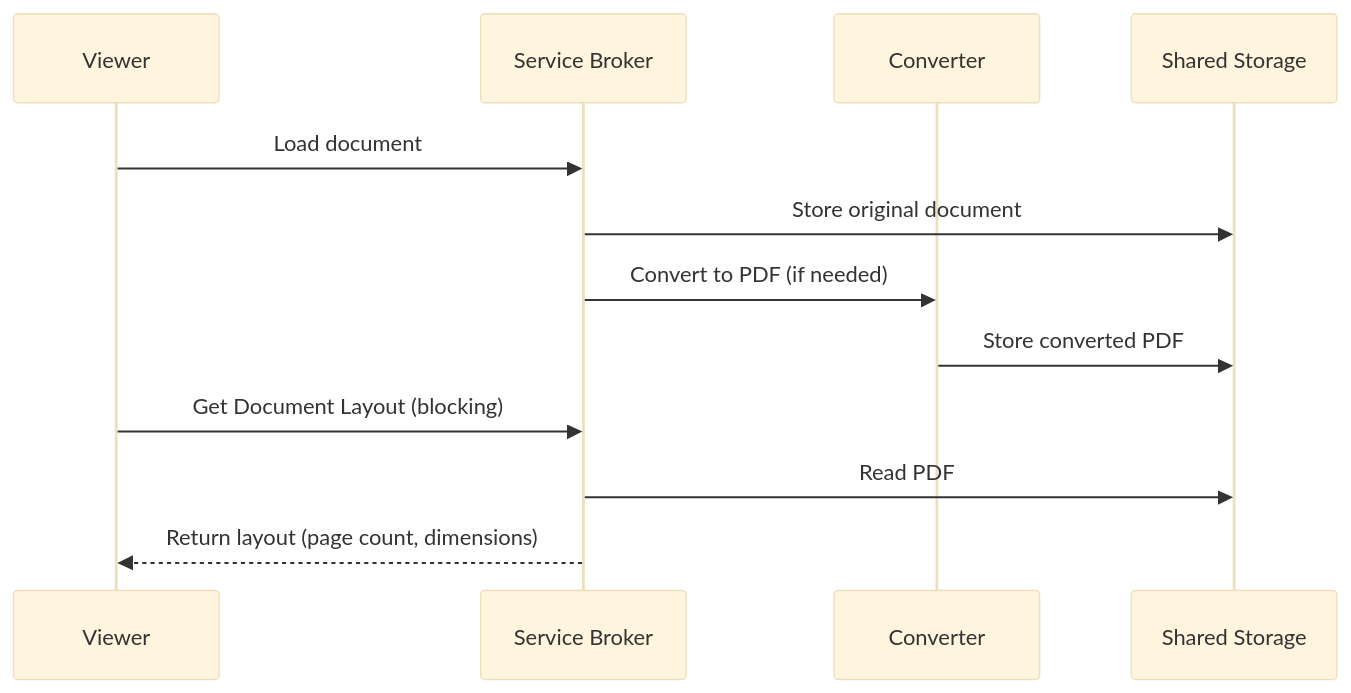
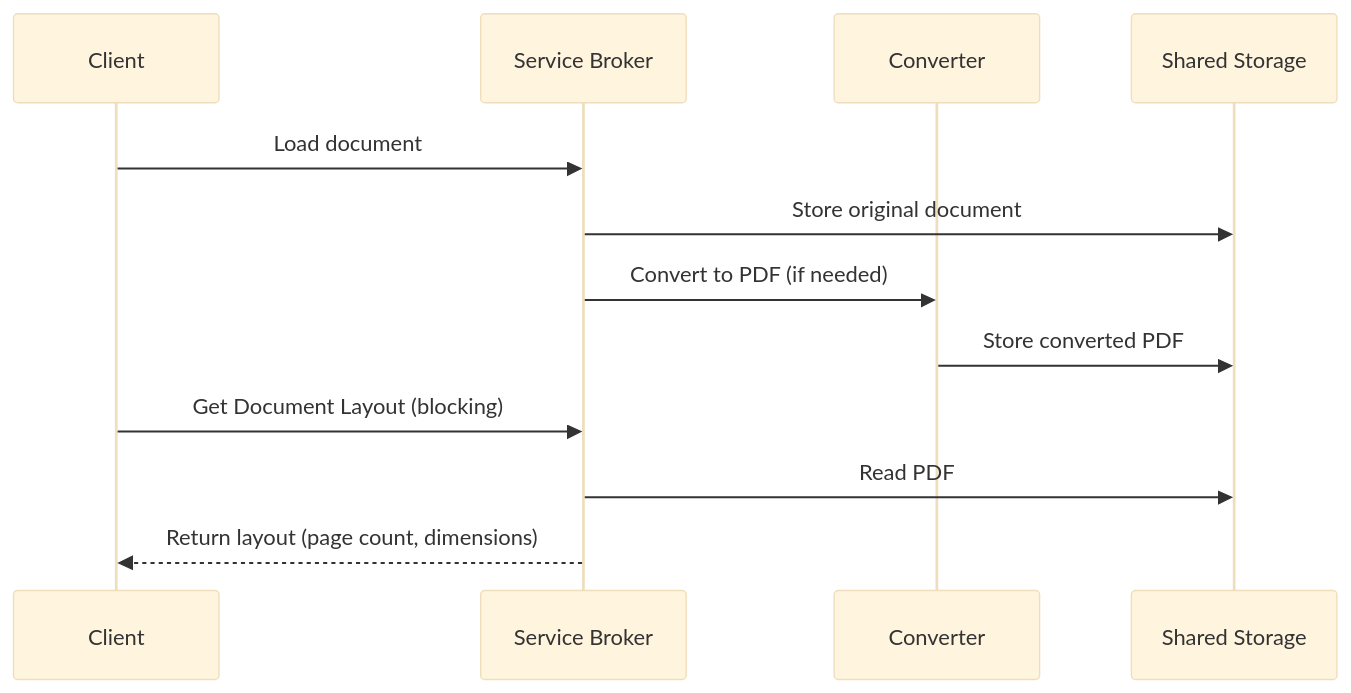
Before and after one commit to Uxopian/uxodocs: the first of 2 diagrams in docs/arender/concepts/rendition-pipeline.md, drawn with Mermaid (base theme). The commit also changed other lines of this file and 62 other files, not shown here.

````diff
--- a/docs/arender/concepts/rendition-pipeline.md
+++ b/docs/arender/concepts/rendition-pipeline.md
@@ -21,16 +21,16 @@
 ```mermaid
 sequenceDiagram
-    participant V as Viewer
+    participant C as Client
     participant B as Service Broker
-    participant C as Converter
+    participant Co as Converter
     participant FS as Shared Storage
 
-    V->>B: Load document
+    C->>B: Load document
     B->>FS: Store original document
-    B->>C: Convert to PDF (if needed)
-    C->>FS: Store converted PDF
+    B->>Co: Convert to PDF (if needed)
+    Co->>FS: Store converted PDF
 
-    V->>B: Get Document Layout (blocking)
+    C->>B: Get Document Layout (blocking)
     B->>FS: Read PDF
-    B-->>V: Return layout (page count, dimensions)
+    B-->>C: Return layout (page count, dimensions)
 ```
````
